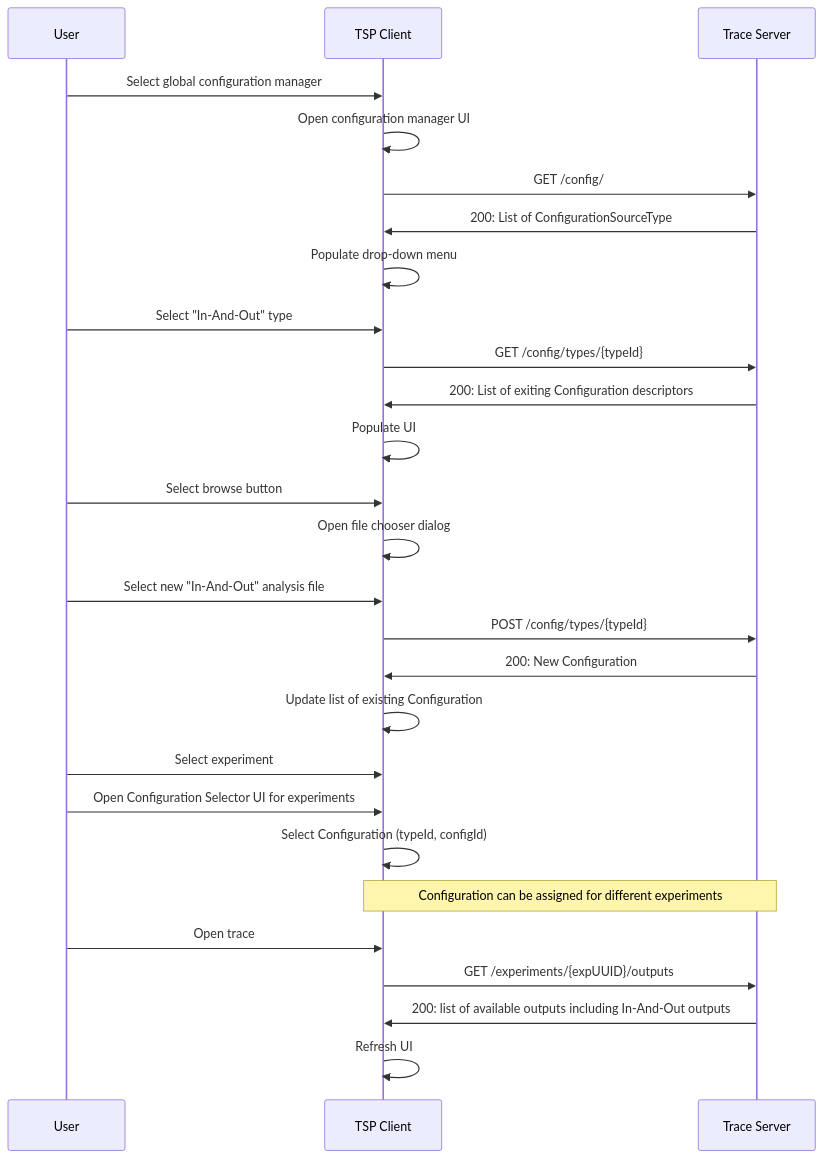
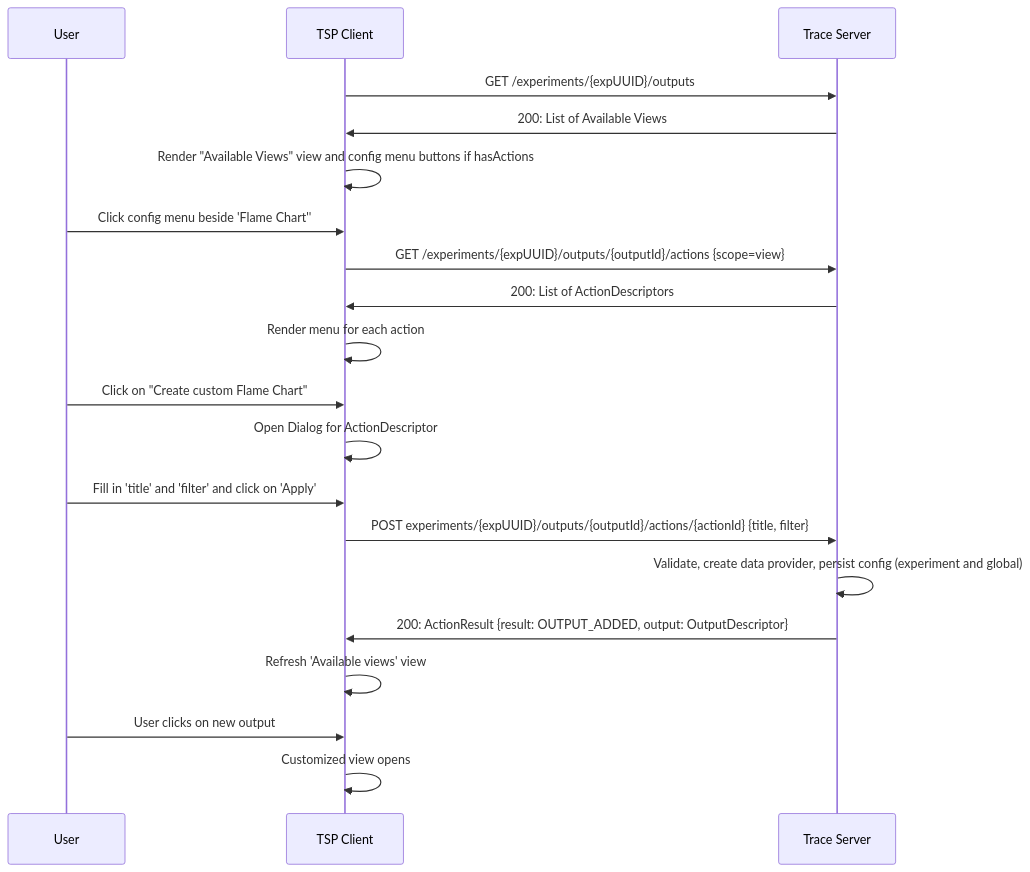
The fourth of 9 diagrams in doc/adr/0011-tsp-analysis-api.md (bhufmann/theia-trace-extension), drawn with Mermaid before and after one commit. The commit also changed other lines of this file, not shown here.

First line of the commit message:
Update 0011-tsp-analysis-api for custom analysis

````diff
--- a/doc/adr/0011-tsp-analysis-api.md
+++ b/doc/adr/0011-tsp-analysis-api.md
@@ -202,29 +239,22 @@
 ```mermaid
 sequenceDiagram
     participant user as User
     participant client as TSP Client
     participant server as Trace Server
-    user->>client: Select global configuration manager
-    client->>client: Open configuration manager UI
-    client->>server: GET /config/
-    server->>client: 200: List of ConfigurationSourceType
-    client->>client: Populate drop-down menu
-    user->>client: Select "In-And-Out" type
-    client->>server: GET /config/types/{typeId}
-    server->>client: 200: List of exiting Configuration descriptors
-    client->>client: Populate UI
-    user->>client: Select browse button
-    client->>client: Open file chooser dialog
-    user->>client: Select new "In-And-Out" analysis file
-    client->>server: POST /config/types/{typeId}
-    server->>client: 200: New Configuration
-    client->>client: Update list of existing Configuration
-    user->>client: Select experiment
-    user->>client: Open Configuration Selector UI for experiments
-    client->>client: Select Configuration (typeId, configId)
-    Note over client,server: Configuration can be assigned for different experiments
-    user->>client: Open trace
     client->>server: GET /experiments/{expUUID}/outputs
-    server->>client: 200: list of available outputs including In-And-Out outputs
-    client->>client: Refresh UI
-```
+    server->>client: 200: List of Available Views
+    client->>client: Render "Available Views" view and config menu buttons if hasActions
+    user->>client: Click config menu beside 'Flame Chart''
+    client->>server: GET /experiments/{expUUID}/outputs/{outputId}/actions {scope=view}
+    server->>client: 200: List of ActionDescriptors
+    client->>client: Render menu for each action
+    user->>client: Click on "Create custom Flame Chart"
+    client->>client: Open Dialog for ActionDescriptor
+    user->>client: Fill in 'title' and 'filter' and click on 'Apply'
+    client->>server: POST experiments/{expUUID}/outputs/{outputId}/actions/{actionId} {title, filter}
+    server->>server: Validate, create data provider, persist config (experiment and global)
+    server->>client: 200: ActionResult {result: OUTPUT_ADDED, output: OutputDescriptor}
+    client->>client: Refresh 'Available views' view
+    user->>client: User clicks on new output
+    client->>client: Customized view opens
+ ```
````
